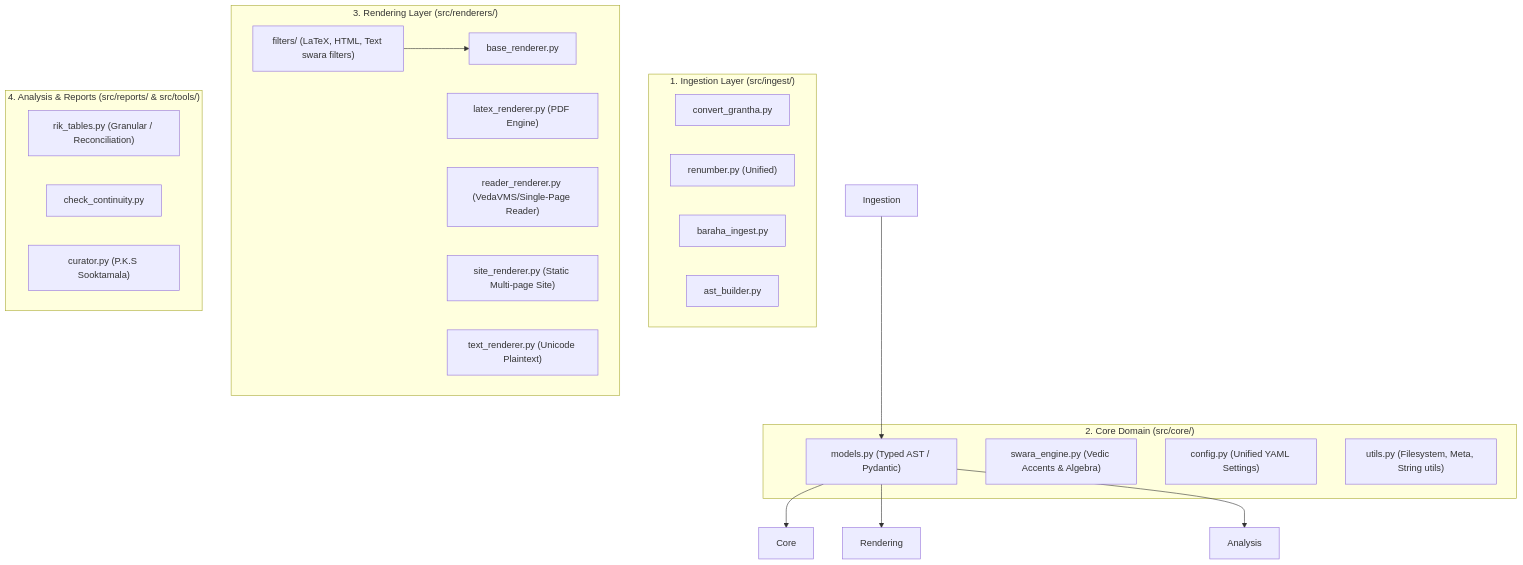
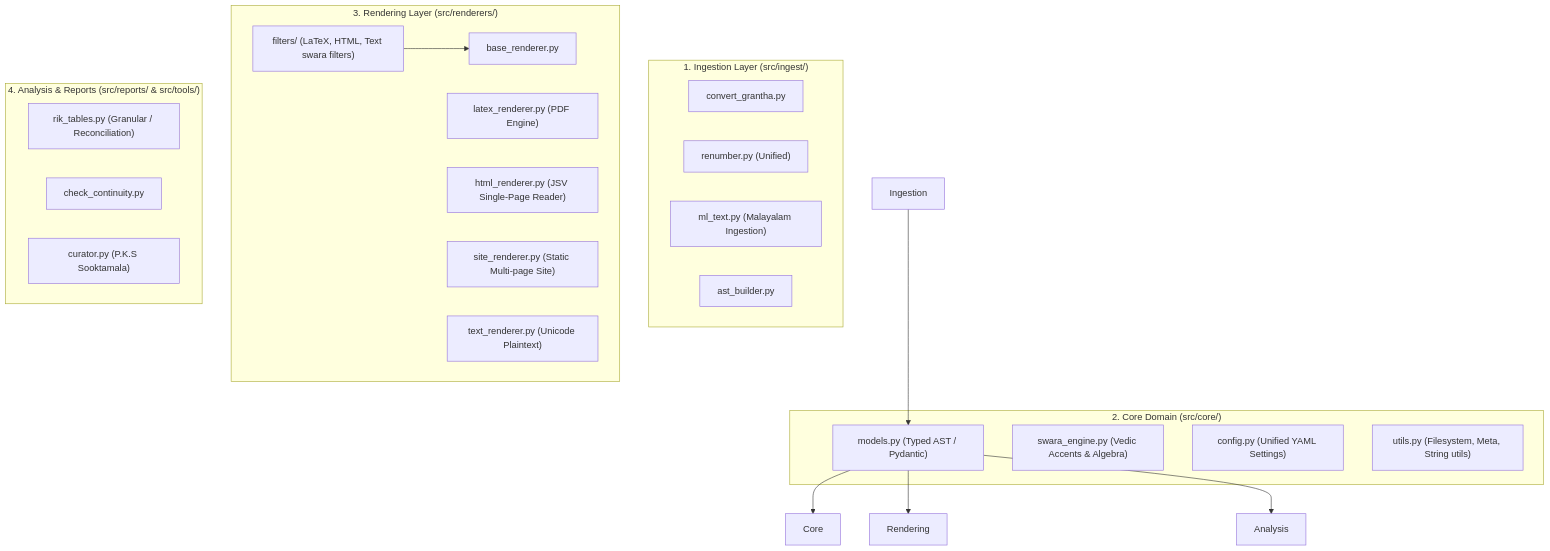
Before and after one commit to sekharnarayanaswamy-del/jaimineeyasamavedam: the first of 2 diagrams in src/tools/refactoring_spec.md, drawn with Mermaid. The commit also changed other lines of this file and 144 other files, not shown here.

````diff
--- a/src/tools/refactoring_spec.md
+++ b/src/tools/refactoring_spec.md
@@ -69,37 +69,38 @@
 ```mermaid
 graph TD
     subgraph Ingestion & Ingestion Tools ["1. Ingestion Layer (src/ingest/)"]
         Grantha["convert_grantha.py"]
         Renumber["renumber.py (Unified)"]
-        Baraha["baraha_ingest.py"]
+        MalayalamIngest["ml_text.py (Malayalam Ingestion)"]
         ASTBuilder["ast_builder.py"]
     end
 
     subgraph Core Domain ["2. Core Domain (src/core/)"]
         Models["models.py (Typed AST / Pydantic)"]
         Swara["swara_engine.py (Vedic Accents & Algebra)"]
         Config["config.py (Unified YAML Settings)"]
         Utils["utils.py (Filesystem, Meta, String utils)"]
     end
 
     subgraph Rendering Engines ["3. Rendering Layer (src/renderers/)"]
         BaseRenderer["base_renderer.py"]
         LaTeXRenderer["latex_renderer.py (PDF Engine)"]
-        HTMLReaderRenderer["reader_renderer.py (VedaVMS/Single-Page Reader)"]
+        HTMLReaderRenderer["html_renderer.py (JSV Single-Page Reader)"]
         SiteRenderer["site_renderer.py (Static Multi-page Site)"]
         TextRenderer["text_renderer.py (Unicode Plaintext)"]
         Filters["filters/ (LaTeX, HTML, Text swara filters)"]
     end
+
 
     subgraph Analysis & Tools ["4. Analysis & Reports (src/reports/ & src/tools/)"]
         RikTables["rik_tables.py (Granular / Reconciliation)"]
         Continuity["check_continuity.py"]
         Curator["curator.py (P.K.S Sooktamala)"]
     end
 
     Ingestion --> Models
     Models --> Core
     Models --> Rendering
     Models --> Analysis
     Filters --> BaseRenderer
 ```
````
